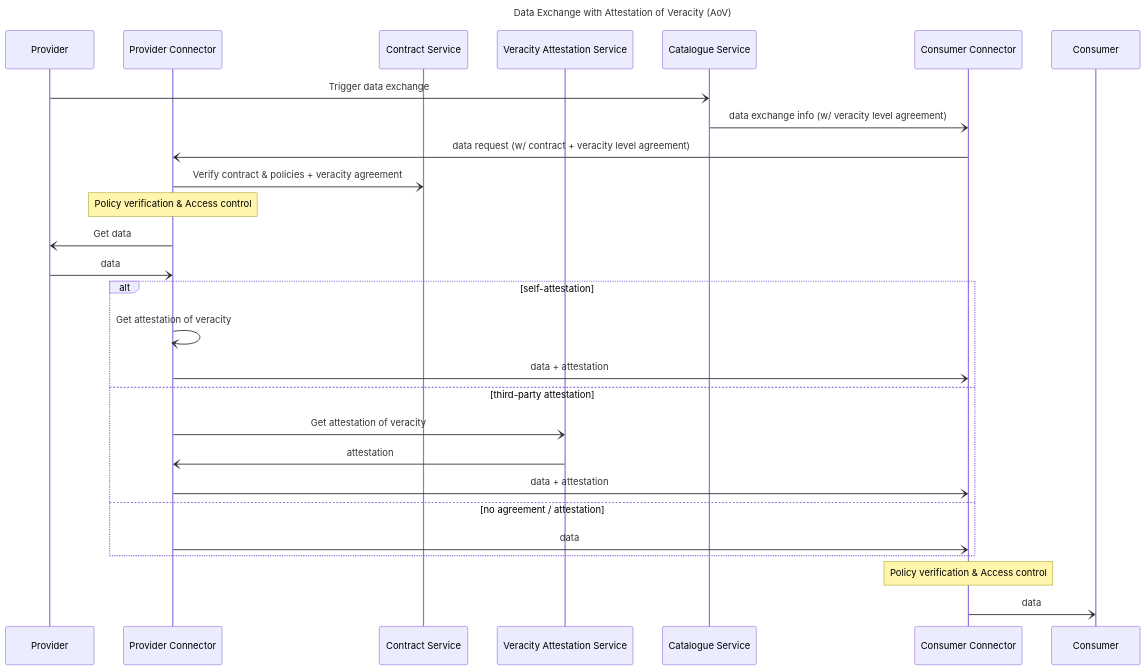
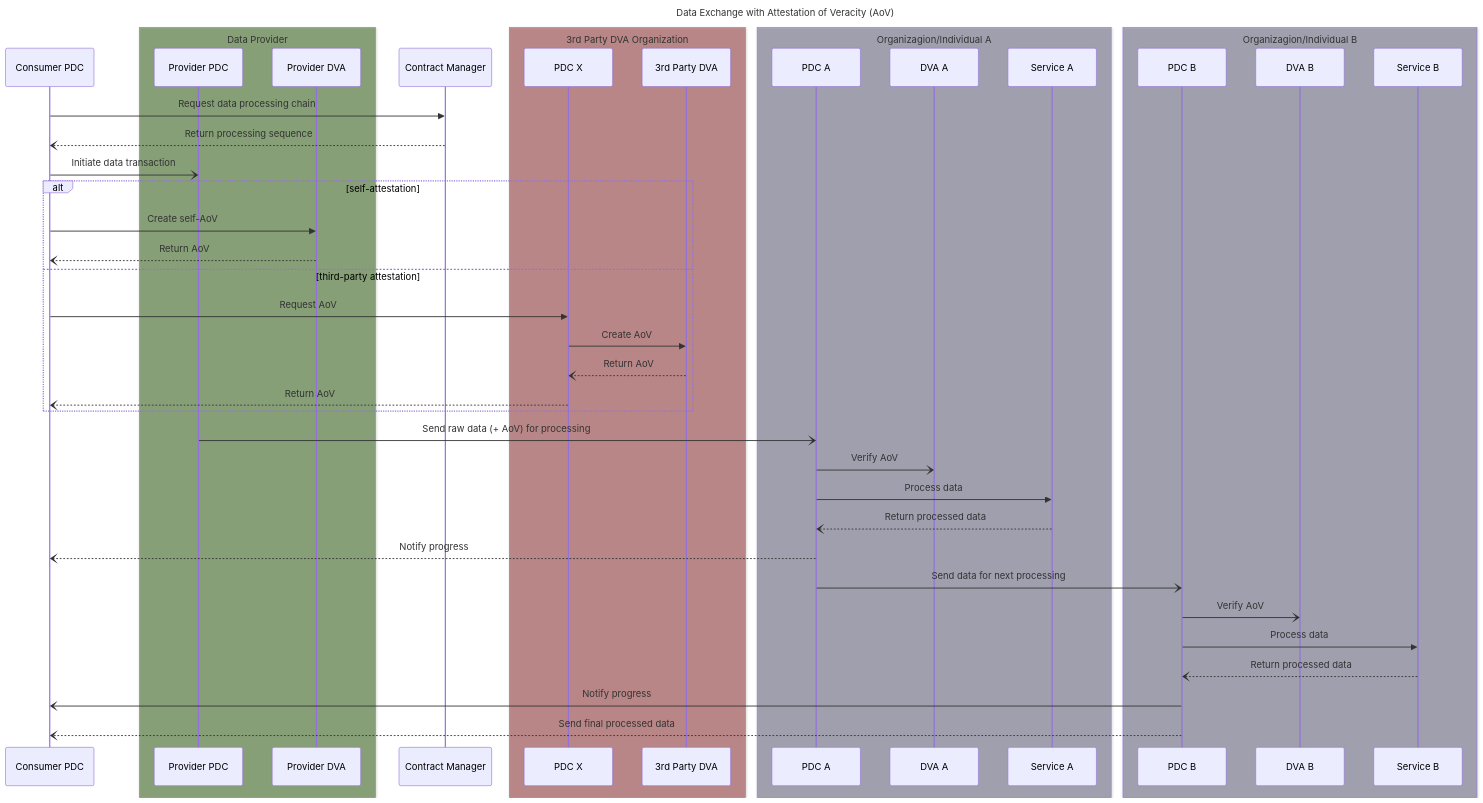
The seventh of 8 diagrams in docs/design-document.md (Prometheus-X-association/data-veracity), drawn with Mermaid before and after one commit.

Commit message:
docs(dd): update seq diag to match new proto

````diff
--- a/docs/design-document.md
+++ b/docs/design-document.md
@@ -604,36 +604,62 @@
 ```mermaid
 ---
 title: Data Exchange with Attestation of Veracity (AoV)
 ---
 
 sequenceDiagram
-    participant p as Provider
-    participant pc as Provider Connector
-    participant con as Contract Service
-    participant evs as Veracity Attestation Service
-    participant cat as Catalogue Service
-    participant cc as Consumer Connector
-    participant c as Consumer
+    participant c as Consumer PDC
 
-    p -) cat: Trigger data exchange
-    cat -) cc: data exchange info (w/ veracity level agreement)
-    cc -) pc: data request (w/ contract + veracity level agreement)
-    pc -) con: Verify contract & policies + veracity agreement
-    Note over pc: Policy verification & Access control
-    pc -) p: Get data
-    p -) pc: data
+    box rgba(50, 100, 20, .5) Data Provider
+      participant p as Provider PDC
+      participant dva as Provider DVA
+    end
+    
+    participant ctr as Contract Manager
+
+    box rgba(150, 50, 50, .5) 3rd Party DVA Organization
+      participant pdc3 as PDC X 
+      participant dva3 as 3rd Party DVA
+    end
+    
+    box rgba(100, 100, 130, .5) Organizagion/Individual A
+      participant pdca as PDC A
+      participant dvaa as DVA A
+      participant svca as Service A
+    end
+    
+    box rgba(100, 100, 130, .5) Organizagion/Individual B
+      participant pdcb as PDC B
+      participant dvab as DVA B
+      participant svcb as Service B
+    end
+
+    c ->> ctr : Request data processing chain
+    ctr --) c: Return processing sequence
+
+    c -) p: Initiate data transaction
 
     alt self-attestation
-        pc -) pc: Get attestation of veracity
-        pc -) cc: data + attestation
+        c ->> dva: Create self-AoV
+        dva --) c: Return AoV
     else third-party attestation
-        pc -) evs: Get attestation of veracity
-        evs -) pc: attestation
-        pc -) cc: data + attestation
-    else no agreement / attestation
-        pc -) cc: data
+        c ->> pdc3: Request AoV
+        pdc3 ->> dva3: Create AoV
+        dva3 --) pdc3: Return AoV
+        pdc3 --) c: Return AoV
     end
 
-    Note over cc: Policy verification & Access control
-    cc -) c: data
+    p -) pdca: Send raw data (+ AoV) for processing
+
+    pdca -) dvaa: Verify AoV
+    pdca ->> svca: Process data
+    svca --) pdca: Return processed data
+    pdca --) c: Notify progress
+
+    pdca -) pdcb: Send data for next processing
+    pdcb -) dvab: Verify AoV
+    pdcb ->> svcb: Process data
+    svcb --) pdcb: Return processed data
+    pdcb -) c: Notify progress
+
+    pdcb --) c: Send final processed data
 ```
````
